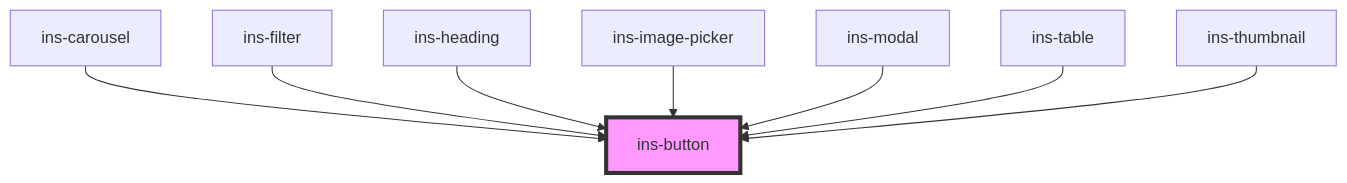
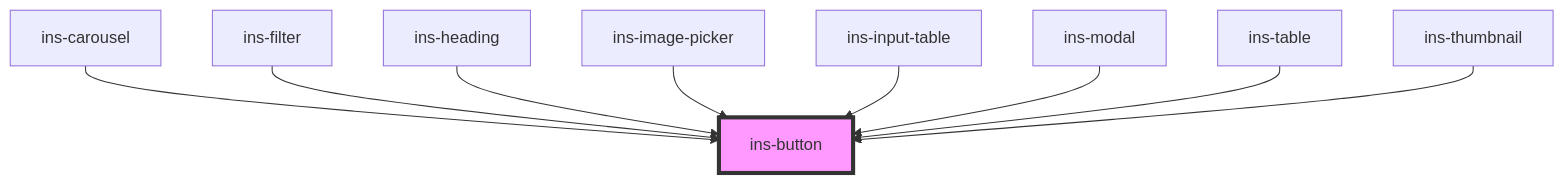
Before and after one commit to insites-io/insites-components-v2: the diagram in components/src/components/ins-button/README.md, drawn with Mermaid. The commit also changed other lines of this file and 4 other files, not shown here.

Commit message:
ins-input-table mobile responsiveness

````diff
--- a/components/src/components/ins-button/README.md
+++ b/components/src/components/ins-button/README.md
@@ -52,11 +53,12 @@
 ```mermaid
 graph TD;
   ins-carousel --> ins-button
   ins-filter --> ins-button
   ins-heading --> ins-button
   ins-image-picker --> ins-button
+  ins-input-table --> ins-button
   ins-modal --> ins-button
   ins-table --> ins-button
   ins-thumbnail --> ins-button
   style ins-button fill:#f9f,stroke:#333,stroke-width:4px
 ```
````
